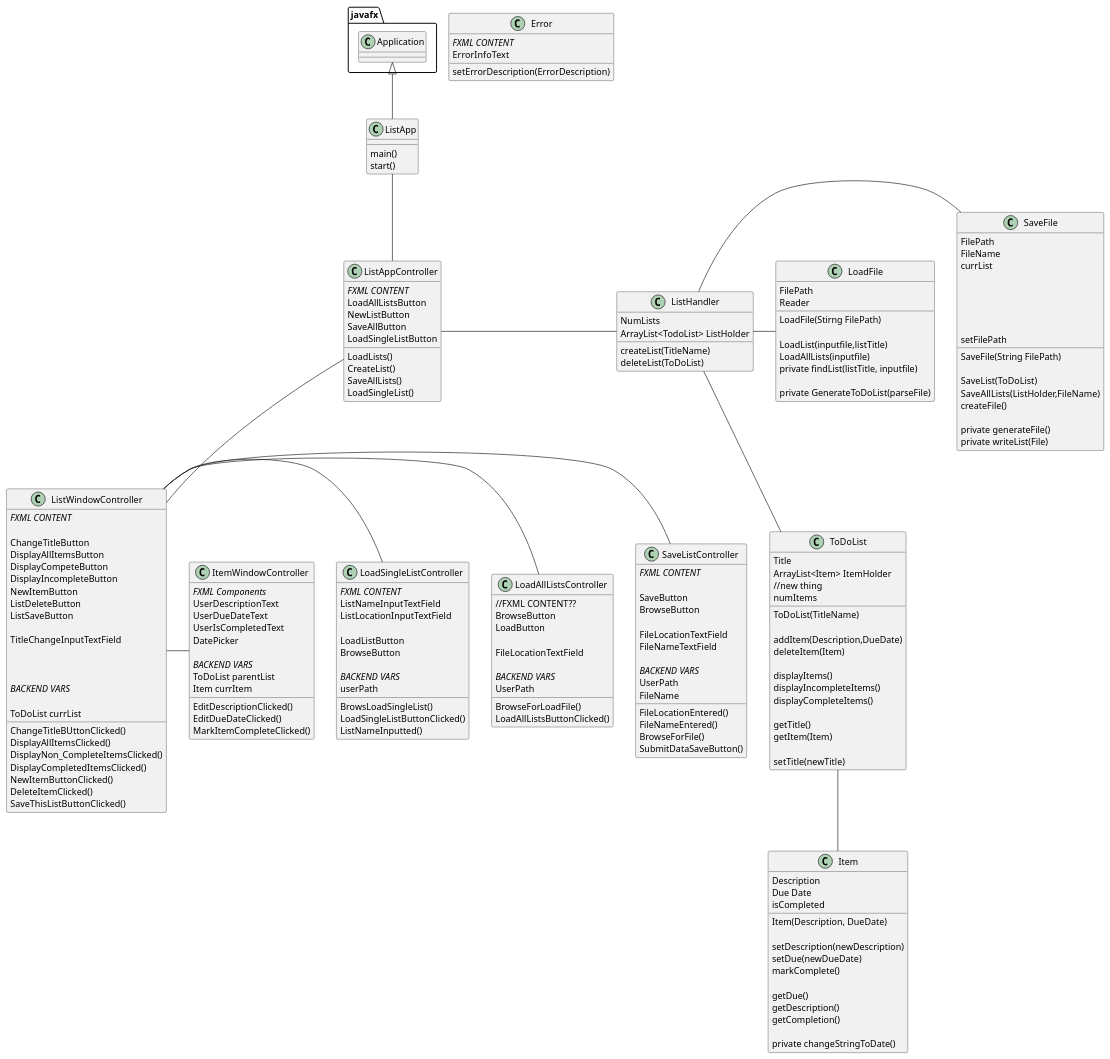
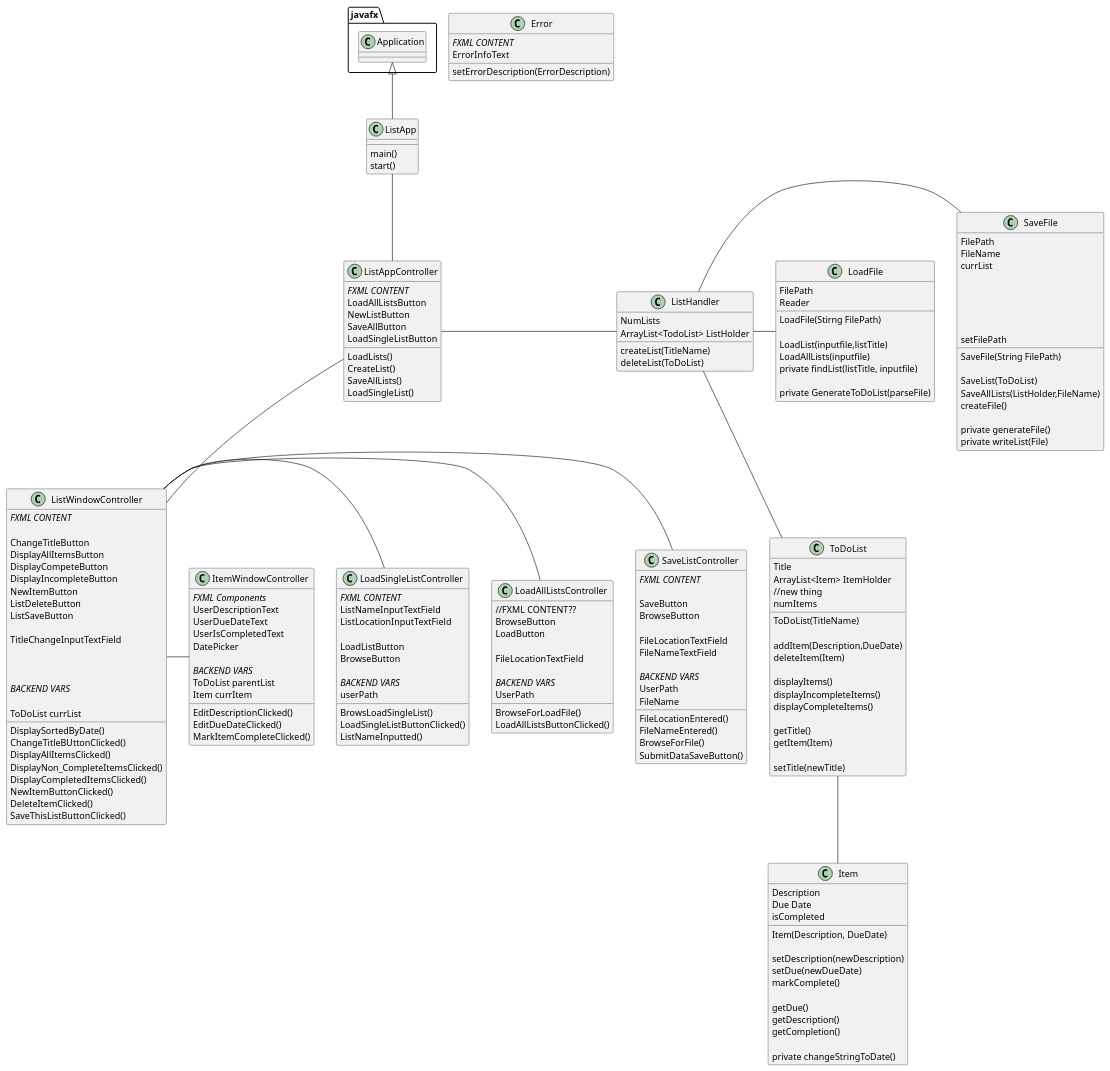
The diagram in UML/Diagram.puml (KevinKant210/Kant-cop3330-Assignment4), drawn with PlantUML before and after one commit. The commit also changed 4 other files, not shown here.

```diff
--- a/UML/Diagram.puml
+++ b/UML/Diagram.puml
@@ -40,6 +40,7 @@
       DisplayAllItemsButton
       DisplayCompeteButton
       DisplayIncompleteButton
+      DisplaySortedByDate()
       NewItemButton
      ListDeleteButton
      ListSaveButton
```
